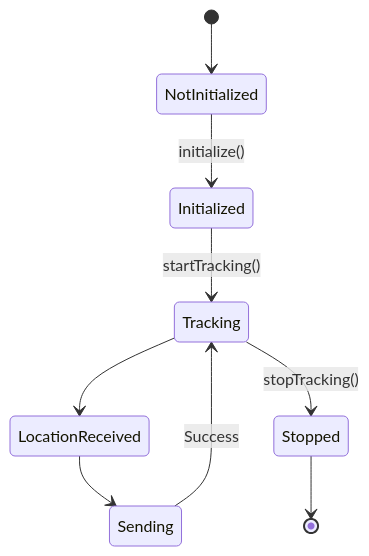
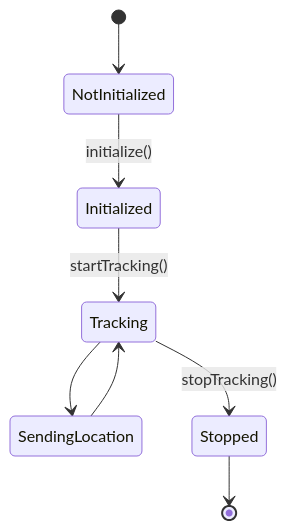
The third of 4 diagrams in README.md (MayaYakobi131/SmartMotionSDK), drawn with Mermaid before and after one commit. The commit also changed other lines of this file, not shown here.

````diff
--- a/README.md
+++ b/README.md
@@ -534,19 +426,17 @@
 ```mermaid
 stateDiagram-v2
 
 [*] --> NotInitialized
 
 NotInitialized --> Initialized : initialize()
 
 Initialized --> Tracking : startTracking()
 
-Tracking --> LocationReceived
+Tracking --> SendingLocation
 
-LocationReceived --> Sending
-
-Sending --> Tracking : Success
+SendingLocation --> Tracking
 
 Tracking --> Stopped : stopTracking()
 
 Stopped --> [*]
 ```
````
